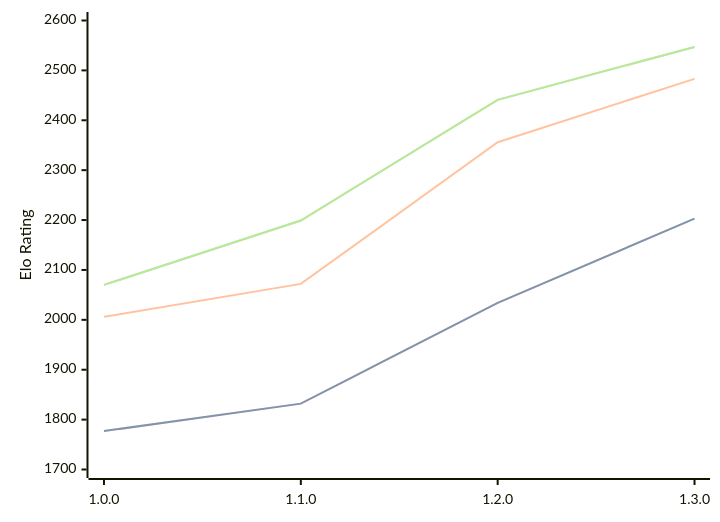
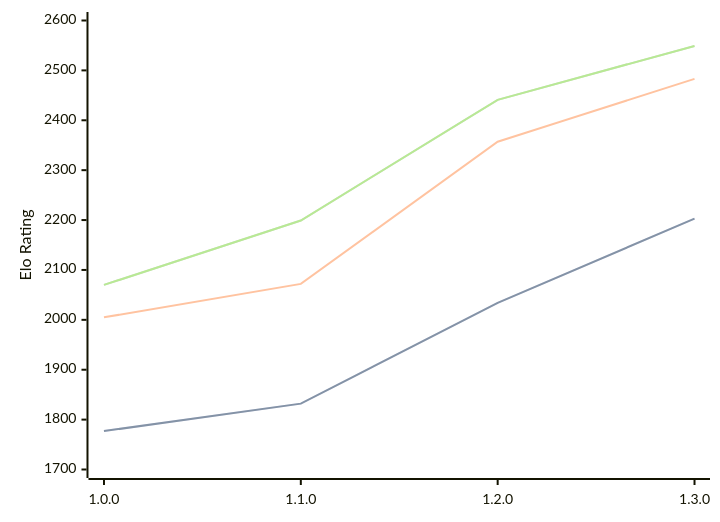
The diagram in engines/Anodos.md (computer-chess-index/cci), drawn with Mermaid before and after one commit. The commit also changed other lines of this file, not shown here.

Commit message:
Update CCI Ratings (ELO VLTC) - 2026-05-14

````diff
--- a/engines/Anodos.md
+++ b/engines/Anodos.md
@@ -45,11 +45,11 @@
 ```mermaid
 %%{init: {"theme":"base","themeVariables":{"seriesColors:['#a3a3a3','#222221','#faa371']}}}%%
 xychart-beta
   x-axis ["1.0.0", "1.1.0", "1.2.0", "1.3.0"]
   y-axis "Elo Rating" 1700 --> 2600
   line "STC (8.0+0.08s)" [1777, 1832, 2034, 2203]
   line "STC (8.0+0.08s)" [1777, 1832, 2034, 2203]
-  line "LTC (60.0+0.60s)" [2006, 2072, 2356, 2483]
-  line "VLTC (2m24s+1.12s)" [2070, 2199, 2441, 2547]
-  line "VLTC (2m24s+1.12s)" [2070, 2199, 2441, 2547]
+  line "LTC (60.0+0.60s)" [2005, 2072, 2357, 2483]
+  line "VLTC (2m24s+1.12s)" [2070, 2199, 2441, 2549]
+  line "VLTC (2m24s+1.12s)" [2070, 2199, 2441, 2549]
 ```
````
